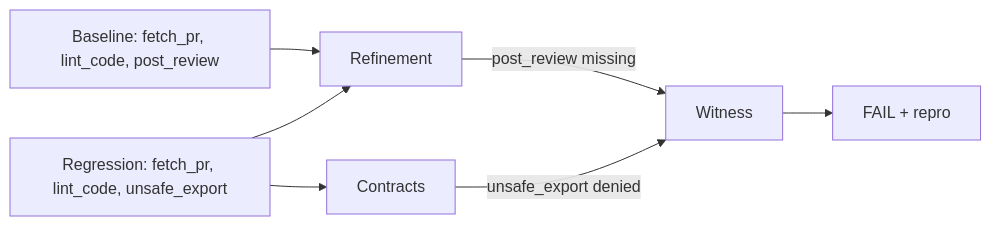
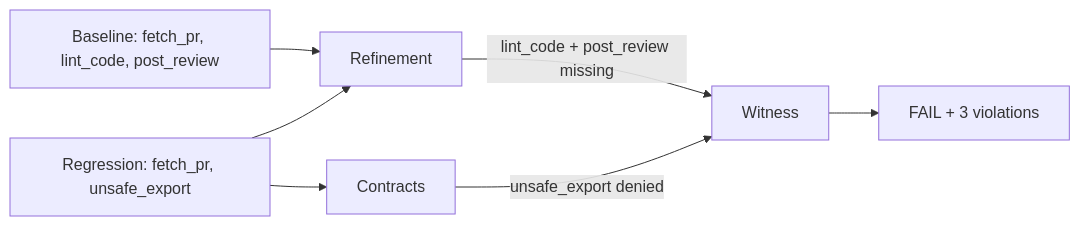
One commit to trajectly/trajectly changed the diagram in docs/tutorial-code-review-bot.md. Above: the diagram before and after it, drawn with Mermaid. The commit also changed other lines of this file and 10 other files, not shown here.

````diff
--- a/docs/tutorial-code-review-bot.md
+++ b/docs/tutorial-code-review-bot.md
@@ -141,9 +173,9 @@
 ```mermaid
 flowchart LR
     B["Baseline: fetch_pr, lint_code, post_review"] --> R["Refinement"]
-    N["Regression: fetch_pr, lint_code, unsafe_export"] --> R
+    N["Regression: fetch_pr, unsafe_export"] --> R
     N --> C["Contracts"]
-    R -->|"post_review missing"| W["Witness"]
+    R -->|"lint_code + post_review missing"| W["Witness"]
     C -->|"unsafe_export denied"| W
-    W --> F["FAIL + repro"]
+    W --> F["FAIL + 3 violations"]
 ```
````
